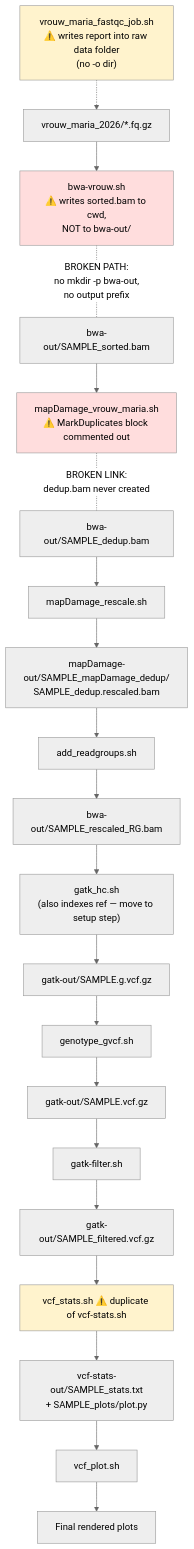
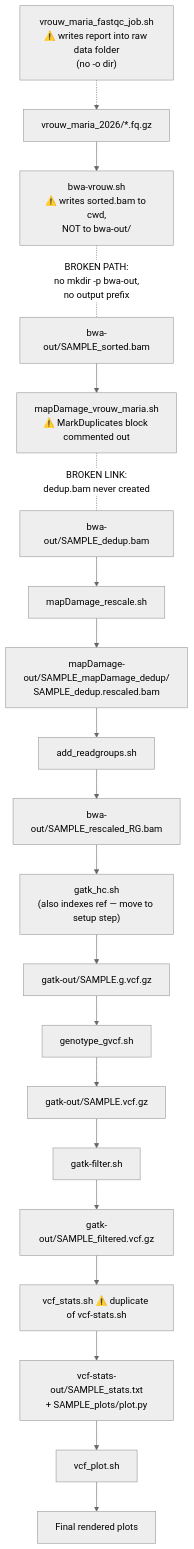
One commit to waahtoeerp/the_coffee_wrecks changed the diagram in PIPELINE.md. Above: the diagram before and after it, drawn with Mermaid (neutral theme). The commit also changed 2 other files, not shown here.

Commit message:
snp visualization

````diff
--- a/PIPELINE.md
+++ b/PIPELINE.md
@@ -2,28 +2,25 @@
 ```mermaid
 flowchart TD
     Z["vrouw_maria_fastqc_job.sh\n⚠️ writes report into raw data folder\n(no -o dir)"] -.-> RAW["vrouw_maria_2026/*.fq.gz"]
     RAW --> A["bwa-vrouw.sh\n⚠️ writes sorted.bam to cwd,\nNOT to bwa-out/"]
     A -.-|"BROKEN PATH:\nno mkdir -p bwa-out,\nno output prefix"| B["bwa-out/SAMPLE_sorted.bam"]
     B --> C["mapDamage_vrouw_maria.sh\n⚠️ MarkDuplicates block commented out"]
     C -.-|"BROKEN LINK:\ndedup.bam never created"| D["bwa-out/SAMPLE_dedup.bam"]
     D --> E["mapDamage_rescale.sh"]
     E --> F["mapDamage-out/SAMPLE_mapDamage_dedup/\nSAMPLE_dedup.rescaled.bam"]
     F --> G["add_readgroups.sh"]
     G --> H["bwa-out/SAMPLE_rescaled_RG.bam"]
     H --> I["gatk_hc.sh\n(also indexes ref — move to setup step)"]
     I --> J["gatk-out/SAMPLE.g.vcf.gz"]
     J --> K["genotype_gvcf.sh"]
     K --> L["gatk-out/SAMPLE.vcf.gz"]
     L --> M["gatk-filter.sh"]
     M --> N["gatk-out/SAMPLE_filtered.vcf.gz"]
     N --> O["vcf_stats.sh ⚠️ duplicate of vcf-stats.sh"]
     O --> P["vcf-stats-out/SAMPLE_stats.txt\n+ SAMPLE_plots/plot.py"]
     P --> Q["vcf_plot.sh"]
     Q --> R["Final rendered plots"]
 
-    style A fill:#ffdddd
-    style C fill:#ffdddd
-    style O fill:#fff3cd
-    style Z fill:#fff3cd
+
 
 ```
````
